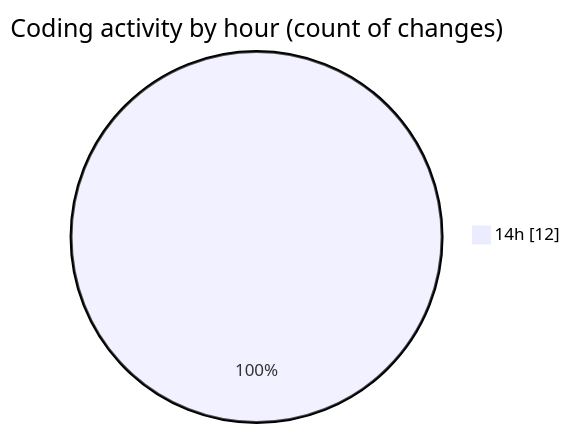
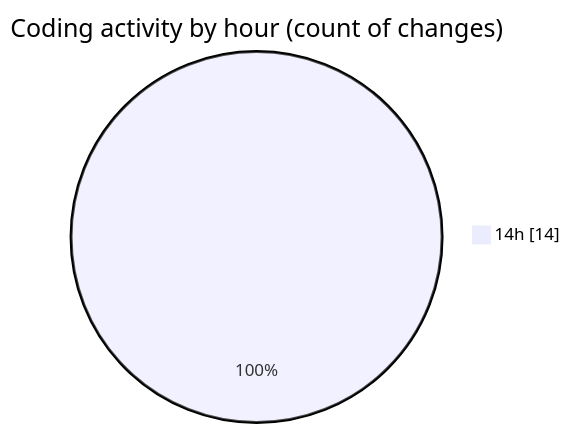
One commit to charlie-sans/code-tracking changed the second of 2 diagrams in 2025-02-20/masm/README.md. Above: the diagram before and after it, drawn with Mermaid. The commit also changed other lines of this file and 1 other file, not shown here.

````diff
--- a/2025-02-20/masm/README.md
+++ b/2025-02-20/masm/README.md
@@ -31,5 +32,5 @@
 ```mermaid
 pie showData
 title Coding activity by hour (count of changes)
-"14h" : 12
+"14h" : 14
 ```
````
